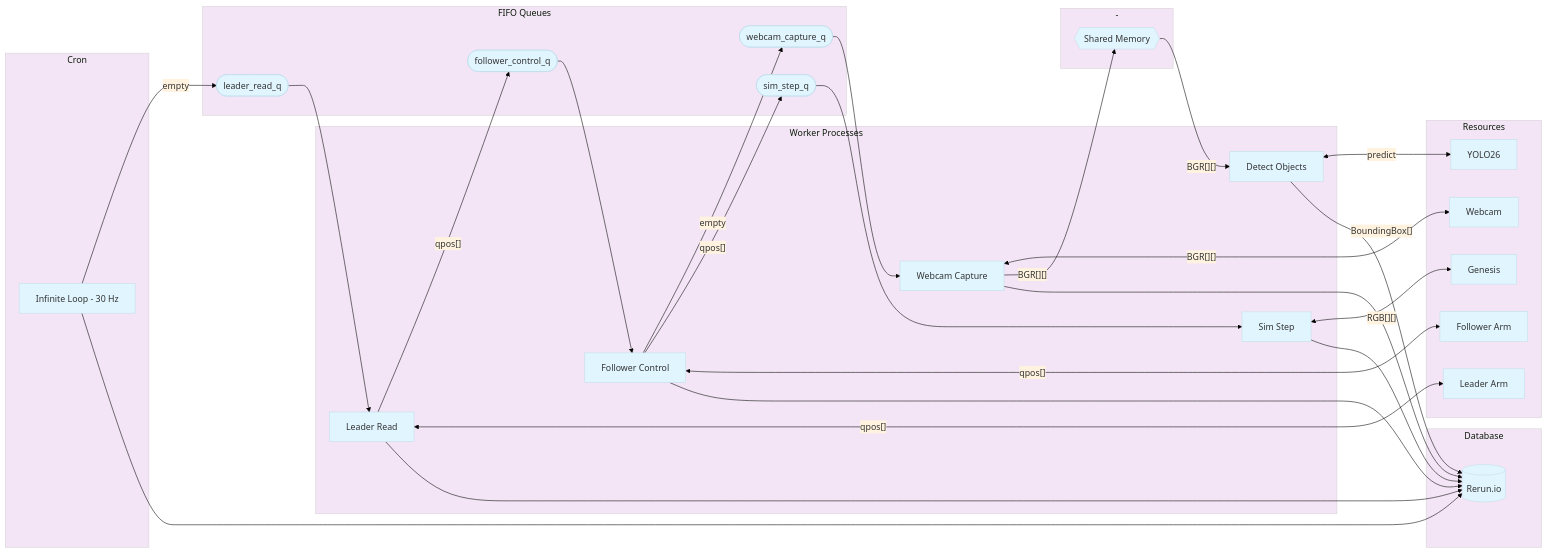
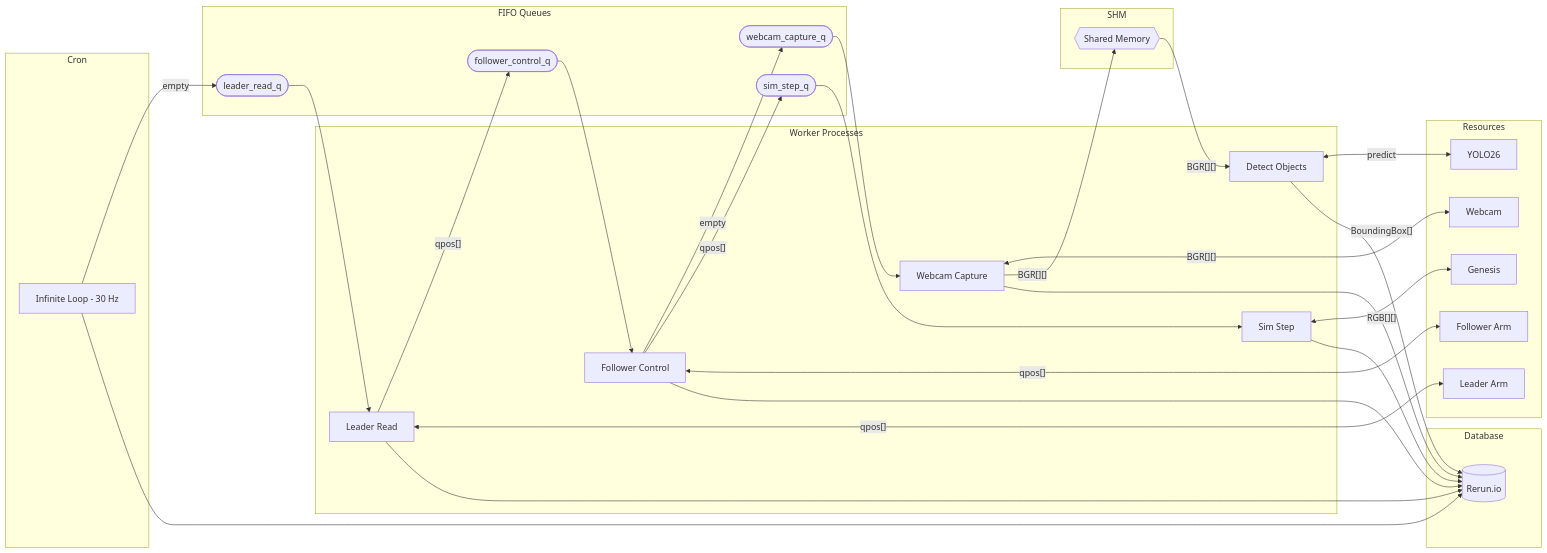
Before and after one commit to alexis779/slobot: the diagram in README.md, drawn with Mermaid.

Commit message:
simplify mermaid diagram to fix rendering on github page

````diff
--- a/README.md
+++ b/README.md
@@ -39,63 +39,62 @@
 ```mermaid
-%%{init: {'theme': 'base', 'themeVariables': { 'background': '#ffffff', 'primaryColor': '#e1f5fe', 'secondaryColor': '#fff3e0', 'tertiaryColor': '#f3e5f5'}}}%%
 flowchart LR
     subgraph main [Cron]
         Cron["Infinite Loop - 30 Hz"]
     end
 
     subgraph resources [Resources]
         LeaderArm[Leader Arm]
         FollowerArm[Follower Arm]
         Webcam[Webcam]
         Genesis[Genesis]
         YOLO26[YOLO26]
     end
 
     subgraph workers [Worker Processes]
         LeaderRead[Leader Read]
         FollowerControl[Follower Control]
         WebcamCapture[Webcam Capture]
         DetectObjects[Detect Objects]
         SimStep[Sim Step]
     end
 
     subgraph fifos [FIFO Queues]
         Q1([leader_read_q])
         Q2([follower_control_q])
         Q3([sim_step_q])
         Q4([webcam_capture_q])
     end
 
-    subgraph shm ["-"]
+    subgraph shm [SHM]
         SHM{{Shared Memory}}
     end
 
     subgraph metrics [Database]
         Rerun[(Rerun.io)]
     end
 
     Cron -->|"empty"| Q1
     Q1 --> LeaderRead
     LeaderRead -->|"qpos[]"| Q2
     Q2 --> FollowerControl
     FollowerControl -->|"empty"| Q4
     Q4 --> WebcamCapture
     FollowerControl -->|"qpos[]"| Q3
     Q3 --> SimStep
 
     LeaderRead <-->|"qpos[]"| LeaderArm
     FollowerControl <-->|"qpos[]"| FollowerArm
     WebcamCapture <-->|"BGR[][]"| Webcam
     SimStep <-->|"RGB[][]"| Genesis
 
     WebcamCapture -->|"BGR[][]"| SHM
     SHM -->|"BGR[][]"| DetectObjects
     DetectObjects <-->|"predict"| YOLO26
 
     Cron --> Rerun
     LeaderRead --> Rerun
     FollowerControl --> Rerun
     WebcamCapture --> Rerun
     DetectObjects -->|"BoundingBox[]"| Rerun
     SimStep --> Rerun
 ```
````
